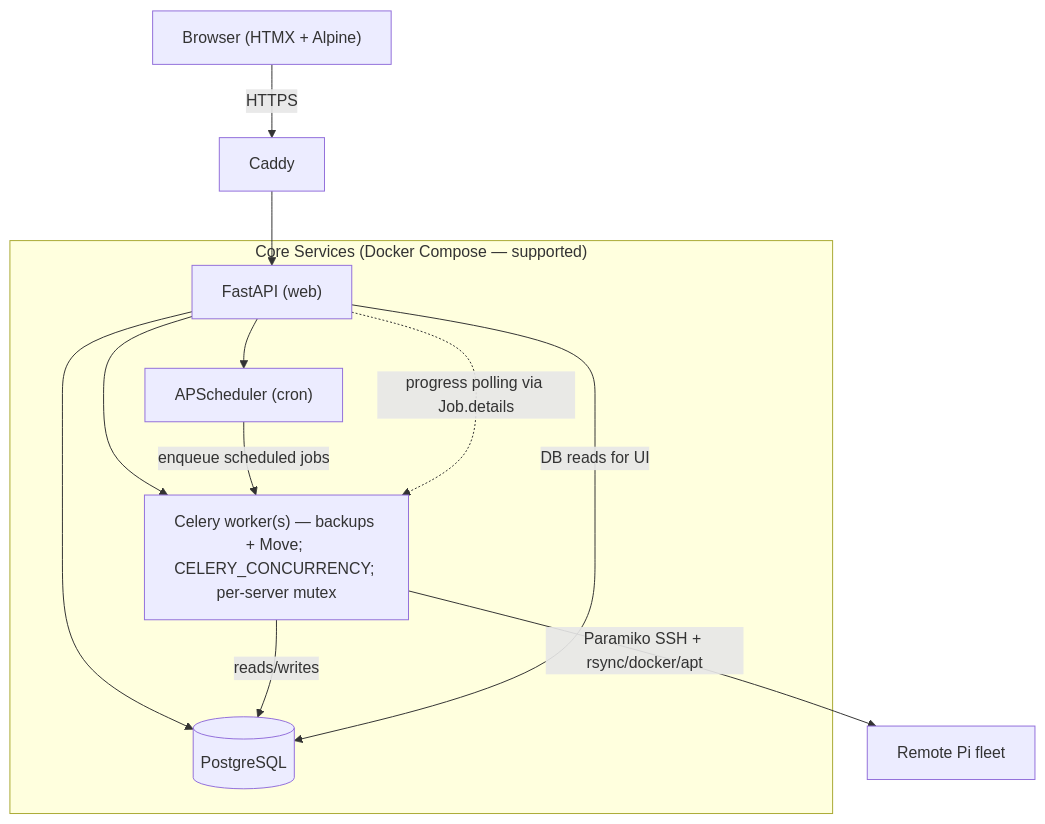
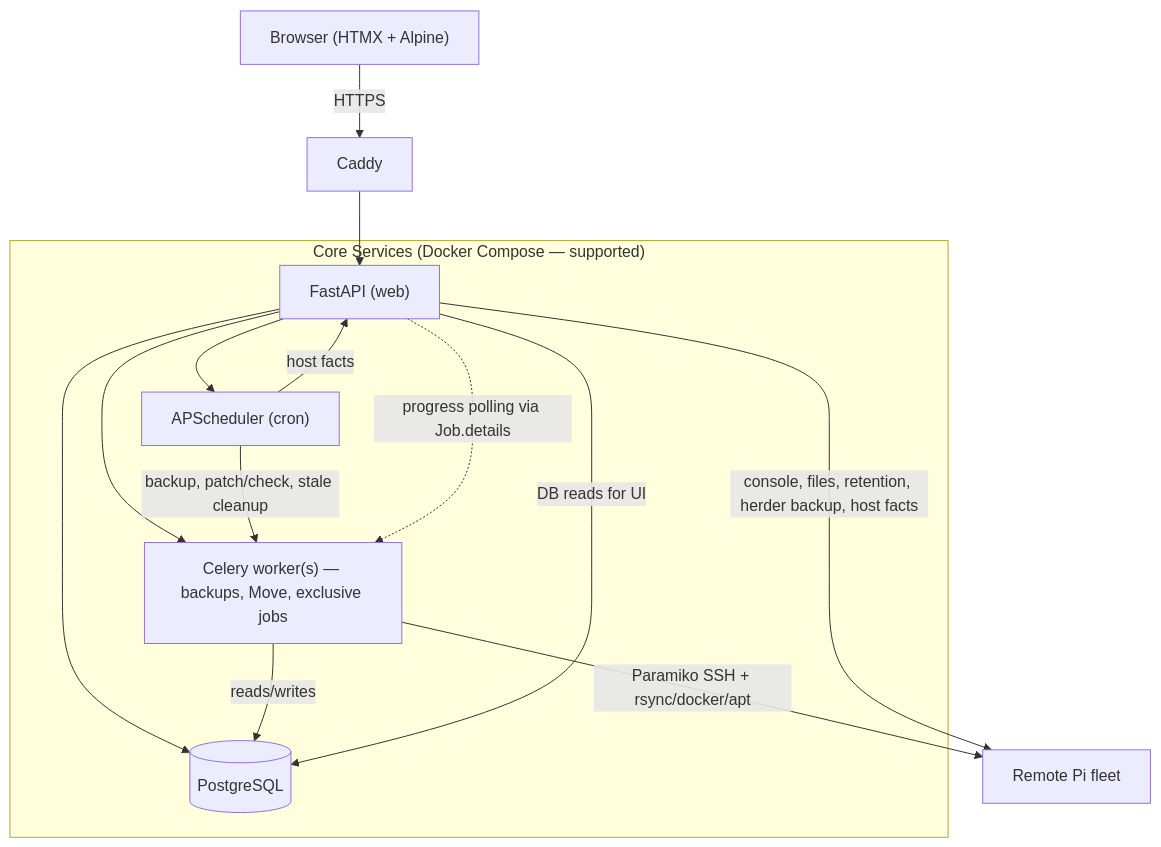
One commit to bjorngluck/piherder changed the first of 3 diagrams in SPEC.md. Above: the diagram before and after it, drawn with Mermaid. The commit also changed other lines of this file and 8 other files, not shown here.

First line of the commit message:
docs(v1.7): align job-runtime docs with the Celery exclusive lane

````diff
--- a/SPEC.md
+++ b/SPEC.md
@@ -364,18 +364,20 @@
 ```mermaid
 flowchart TB
     Browser["Browser (HTMX + Alpine)"] -->|HTTPS| Caddy
     Caddy --> FastAPI["FastAPI (web)"]
 
     subgraph Core["Core Services (Docker Compose — supported)"]
         FastAPI --> DB[(PostgreSQL)]
         FastAPI --> Scheduler["APScheduler (cron)"]
-        FastAPI --> Celery["Celery worker(s) — backups + Move; CELERY_CONCURRENCY; per-server mutex"]
+        FastAPI --> Celery["Celery worker(s) — backups, Move, exclusive jobs"]
     end
 
-    Scheduler -->|enqueue scheduled jobs| Celery
+    Scheduler -->|backup, patch/check, stale cleanup| Celery
+    Scheduler -->|host facts| FastAPI
     Celery -->|reads/writes| DB
     Celery -->|Paramiko SSH + rsync/docker/apt| PiFleet["Remote Pi fleet"]
+    FastAPI -->|console, files, retention, herder backup, host facts| PiFleet
 
     FastAPI -->|DB reads for UI| DB
     FastAPI -.->|progress polling via Job.details| Celery
 ```
````
